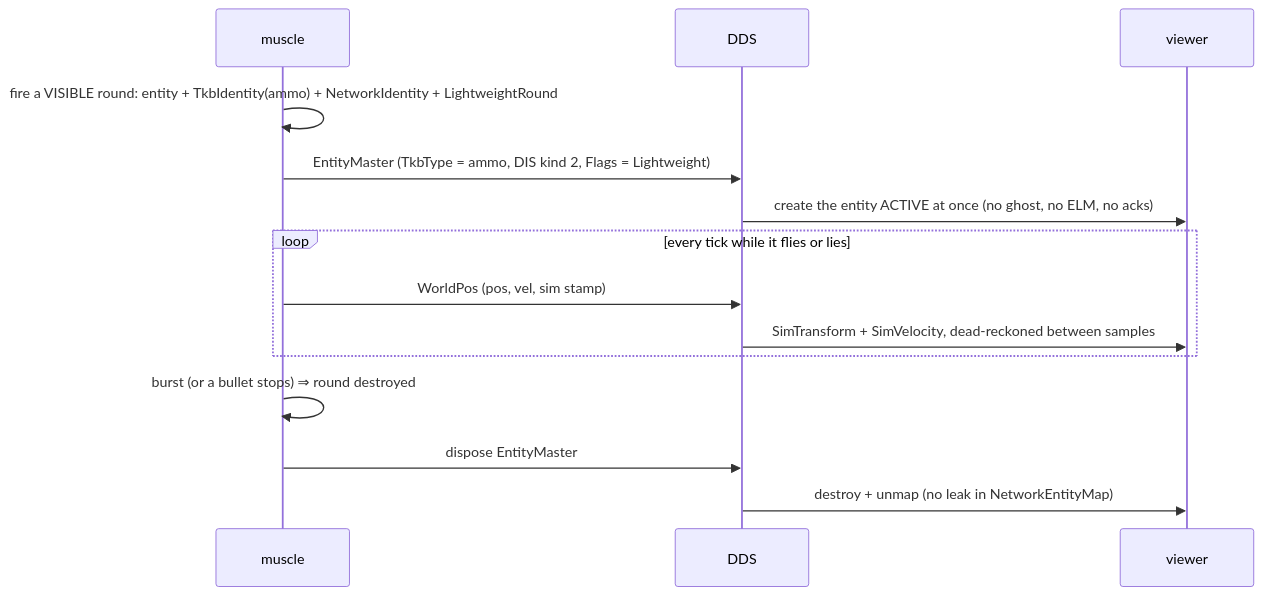
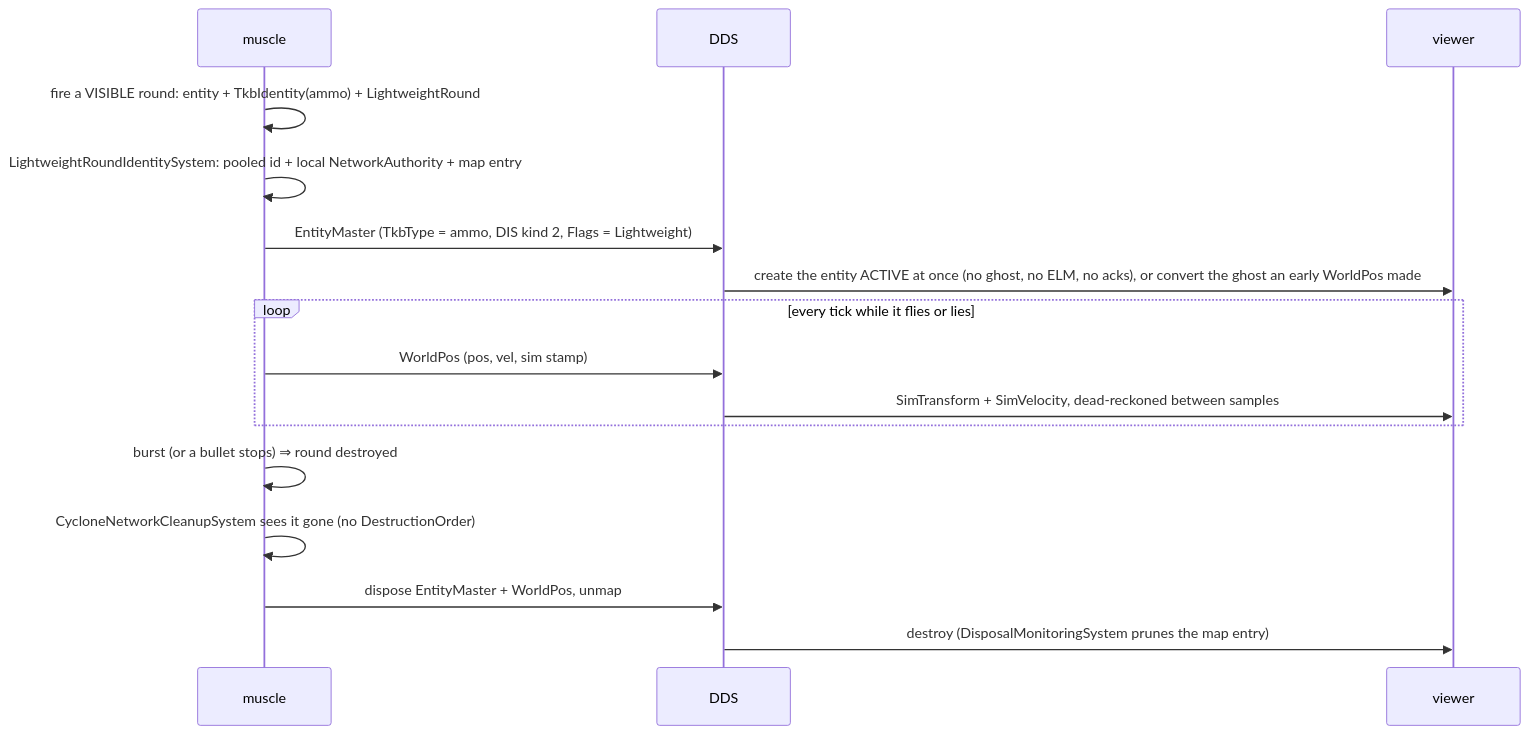
Diagram 15 of 15 in docs/DESIGN_Visual_Effects.md (pjanec/HROT), drawn with Mermaid before and after one commit. The commit also changed other lines of this file and 31 other files, not shown here.

````diff
--- a/docs/DESIGN_Visual_Effects.md
+++ b/docs/DESIGN_Visual_Effects.md
@@ -662,16 +679,18 @@
 ```mermaid
 sequenceDiagram
   participant M as muscle
   participant D as DDS
   participant V as viewer
-  M->>M: fire a VISIBLE round: entity + TkbIdentity(ammo) + NetworkIdentity + LightweightRound
+  M->>M: fire a VISIBLE round: entity + TkbIdentity(ammo) + LightweightRound
+  M->>M: LightweightRoundIdentitySystem: pooled id + local NetworkAuthority + map entry
   M->>D: EntityMaster (TkbType = ammo, DIS kind 2, Flags = Lightweight)
-  D->>V: create the entity ACTIVE at once (no ghost, no ELM, no acks)
+  D->>V: create the entity ACTIVE at once (no ghost, no ELM, no acks), or convert the ghost an early WorldPos made
   loop every tick while it flies or lies
     M->>D: WorldPos (pos, vel, sim stamp)
     D->>V: SimTransform + SimVelocity, dead-reckoned between samples
   end
   M->>M: burst (or a bullet stops) ⇒ round destroyed
-  M->>D: dispose EntityMaster
-  D->>V: destroy + unmap (no leak in NetworkEntityMap)
+  M->>M: CycloneNetworkCleanupSystem sees it gone (no DestructionOrder)
+  M->>D: dispose EntityMaster + WorldPos, unmap
+  D->>V: destroy (DisposalMonitoringSystem prunes the map entry)
 ```
````
